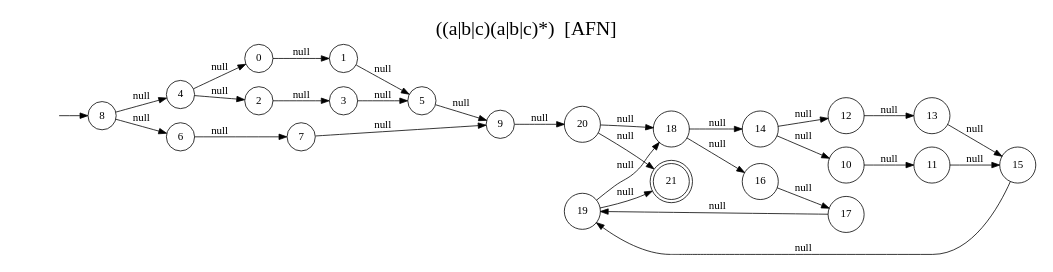
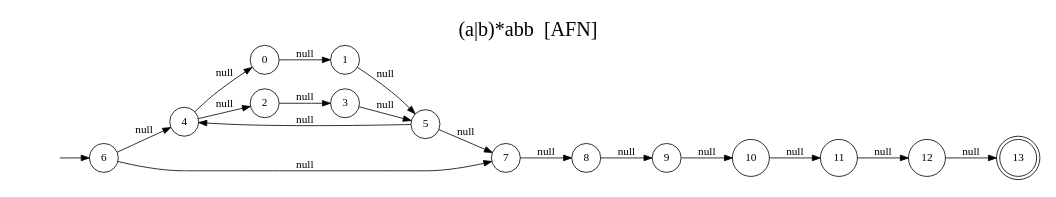
Before and after one commit to CrisLayB/ProgrammingLanguageDesign: the diagram in docs/automataAFN.dot, drawn with Graphviz. The commit also changed 12 other files, not shown here.

```diff
--- a/docs/automataAFN.dot
+++ b/docs/automataAFN.dot
@@ -1,41 +1,30 @@
 digraph "Resultado Automata AFN" {
-	label = "((a|b|c)(a|b|c)*)  [AFN]"
+	label = "(a|b)*abb  [AFN]"
 	labelloc  =  t
 	fontsize  = 25
 	rankdir=LR size="8,5"
 	node [shape=doublecircle]
-	21
+	13
 	node [shape=circle]
-	8
+	6
 	node [shape=none]
 	""
-	""-> 8 [label=""]
+	""-> 6 [label=""]
 	node [shape=circle]
 	0 -> 1[label="null"]
 	2 -> 3[label="null"]
 	4 -> 0[label="null"]
 	4 -> 2[label="null"]
 	1 -> 5[label="null"]
 	3 -> 5[label="null"]
+	5 -> 4[label="null"]
 	6 -> 7[label="null"]
-	8 -> 4[label="null"]
-	8 -> 6[label="null"]
-	5 -> 9[label="null"]
-	7 -> 9[label="null"]
+	6 -> 4[label="null"]
+	5 -> 7[label="null"]
+	8 -> 9[label="null"]
+	7 -> 8[label="null"]
 	10 -> 11[label="null"]
+	9 -> 10[label="null"]
 	12 -> 13[label="null"]
-	14 -> 10[label="null"]
-	14 -> 12[label="null"]
-	11 -> 15[label="null"]
-	13 -> 15[label="null"]
-	16 -> 17[label="null"]
-	18 -> 14[label="null"]
-	18 -> 16[label="null"]
-	15 -> 19[label="null"]
-	17 -> 19[label="null"]
-	19 -> 18[label="null"]
-	20 -> 21[label="null"]
-	20 -> 18[label="null"]
-	19 -> 21[label="null"]
-	9 -> 20[label="null"]
+	11 -> 12[label="null"]
 }
```
